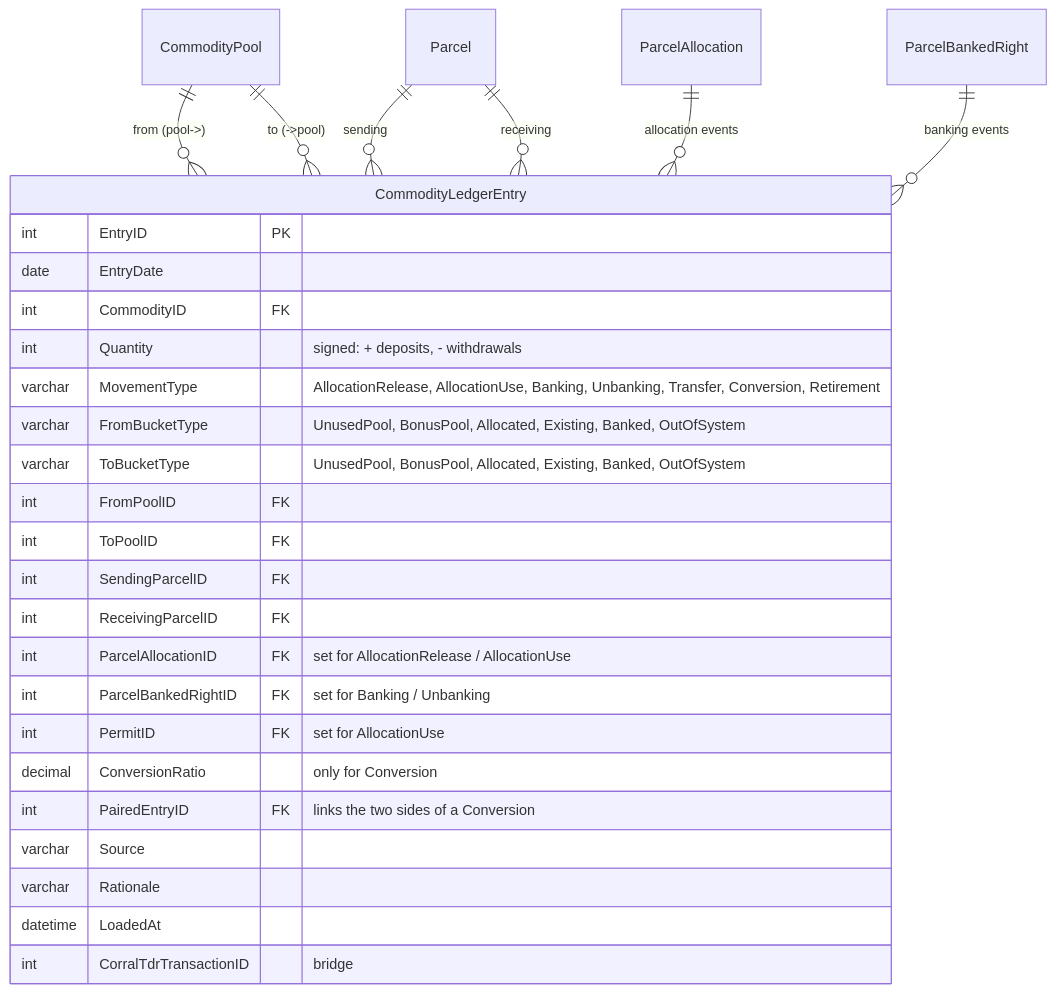
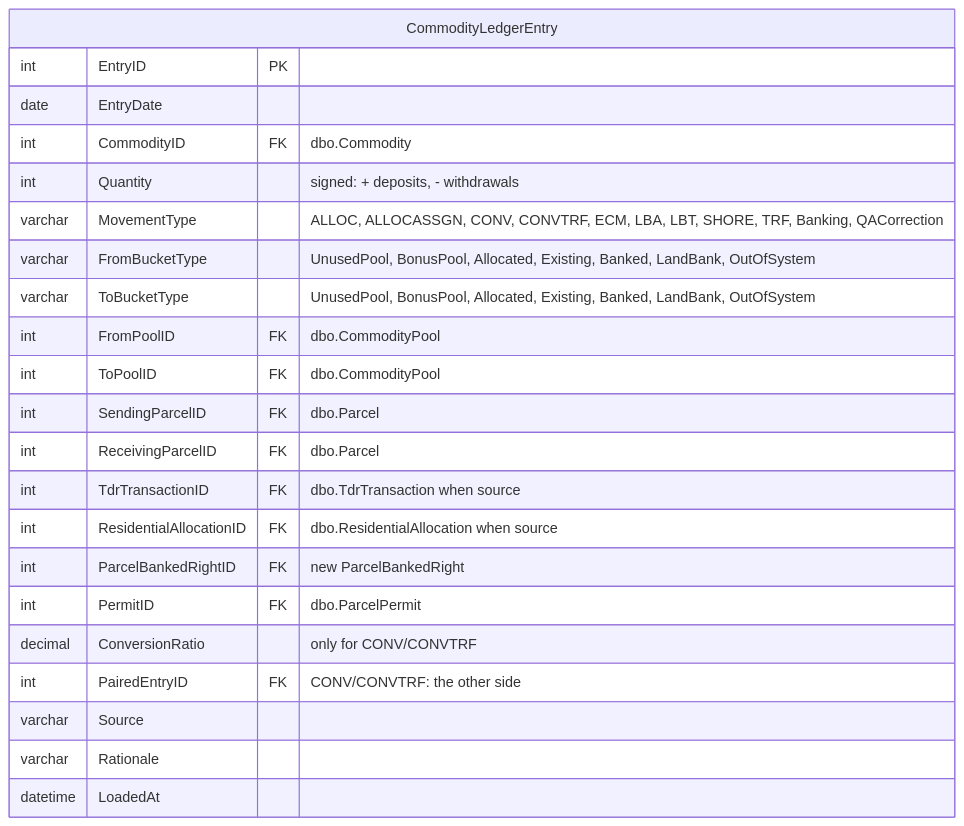
The second of 4 diagrams in erd/target_schema.md (trpa-agency/Reporting), drawn with Mermaid before and after one commit. The commit also changed other lines of this file and 1 other file, not shown here.

````diff
--- a/erd/target_schema.md
+++ b/erd/target_schema.md
@@ -210,31 +246,25 @@
 ```mermaid
 erDiagram
     CommodityLedgerEntry {
         int EntryID PK
         date EntryDate
-        int CommodityID FK
+        int CommodityID FK "dbo.Commodity"
         int Quantity "signed: + deposits, - withdrawals"
-        varchar MovementType "AllocationRelease, AllocationUse, Banking, Unbanking, Transfer, Conversion, Retirement"
-        varchar FromBucketType "UnusedPool, BonusPool, Allocated, Existing, Banked, OutOfSystem"
-        varchar ToBucketType "UnusedPool, BonusPool, Allocated, Existing, Banked, OutOfSystem"
-        int FromPoolID FK
-        int ToPoolID FK
-        int SendingParcelID FK
-        int ReceivingParcelID FK
-        int ParcelAllocationID FK "set for AllocationRelease / AllocationUse"
-        int ParcelBankedRightID FK "set for Banking / Unbanking"
-        int PermitID FK "set for AllocationUse"
-        decimal ConversionRatio "only for Conversion"
-        int PairedEntryID FK "links the two sides of a Conversion"
+        varchar MovementType "ALLOC, ALLOCASSGN, CONV, CONVTRF, ECM, LBA, LBT, SHORE, TRF, Banking, QACorrection"
+        varchar FromBucketType "UnusedPool, BonusPool, Allocated, Existing, Banked, LandBank, OutOfSystem"
+        varchar ToBucketType "UnusedPool, BonusPool, Allocated, Existing, Banked, LandBank, OutOfSystem"
+        int FromPoolID FK "dbo.CommodityPool"
+        int ToPoolID FK "dbo.CommodityPool"
+        int SendingParcelID FK "dbo.Parcel"
+        int ReceivingParcelID FK "dbo.Parcel"
+        int TdrTransactionID FK "dbo.TdrTransaction when source"
+        int ResidentialAllocationID FK "dbo.ResidentialAllocation when source"
+        int ParcelBankedRightID FK "new ParcelBankedRight"
+        int PermitID FK "dbo.ParcelPermit"
+        decimal ConversionRatio "only for CONV/CONVTRF"
+        int PairedEntryID FK "CONV/CONVTRF: the other side"
         varchar Source
         varchar Rationale
         datetime LoadedAt
-        int CorralTdrTransactionID "bridge"
     }
-    CommodityPool      ||--o{ CommodityLedgerEntry : "from (pool->)"
-    CommodityPool      ||--o{ CommodityLedgerEntry : "to (->pool)"
-    Parcel             ||--o{ CommodityLedgerEntry : "sending"
-    Parcel             ||--o{ CommodityLedgerEntry : "receiving"
-    ParcelAllocation   ||--o{ CommodityLedgerEntry : "allocation events"
-    ParcelBankedRight  ||--o{ CommodityLedgerEntry : "banking events"
 ```
````
